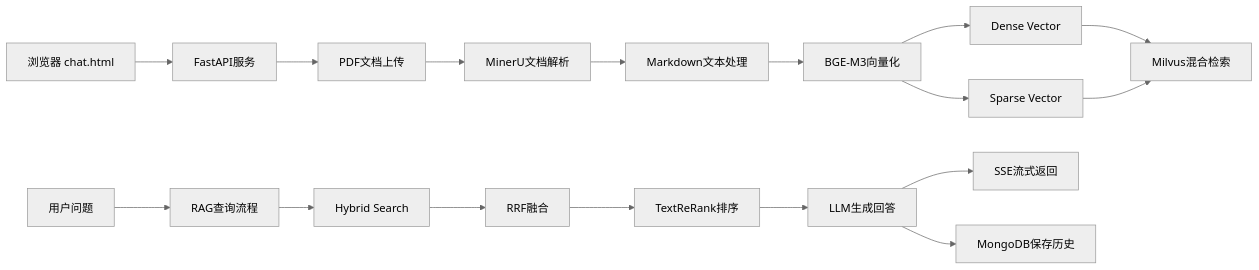
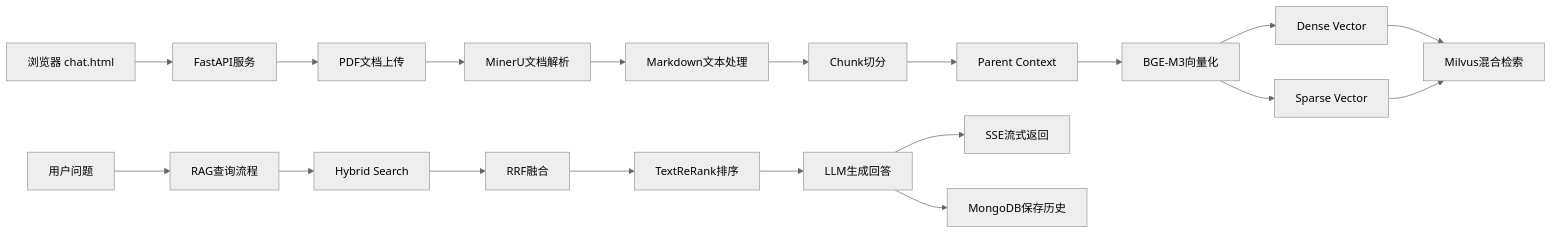
Before and after one commit to bnd0530ming1204-dotcom/rag-knowledge-assistant: the first of 3 diagrams in README.md, drawn with Mermaid (neutral theme). The commit also changed other lines of this file and 5 other files, not shown here.

````diff
--- a/README.md
+++ b/README.md
@@ -28,24 +42,26 @@
 ```mermaid
 flowchart LR
     A[浏览器 chat.html] --> B[FastAPI服务]
 
     B --> C[PDF文档上传]
     C --> D[MinerU文档解析]
     D --> E[Markdown文本处理]
-    E --> F[BGE-M3向量化]
+    E --> F[Chunk切分]
+    F --> PC[Parent Context]
+    PC --> V[BGE-M3向量化]
 
-    F --> G[Dense Vector]
-    F --> H[Sparse Vector]
+    V --> G[Dense Vector]
+    V --> H[Sparse Vector]
 
     G --> I[Milvus混合检索]
     H --> I
 
     J[用户问题] --> K[RAG查询流程]
     K --> L[Hybrid Search]
     L --> M[RRF融合]
     M --> N[TextReRank排序]
     N --> O[LLM生成回答]
 
     O --> P[SSE流式返回]
     O --> Q[MongoDB保存历史]
 ```
````
